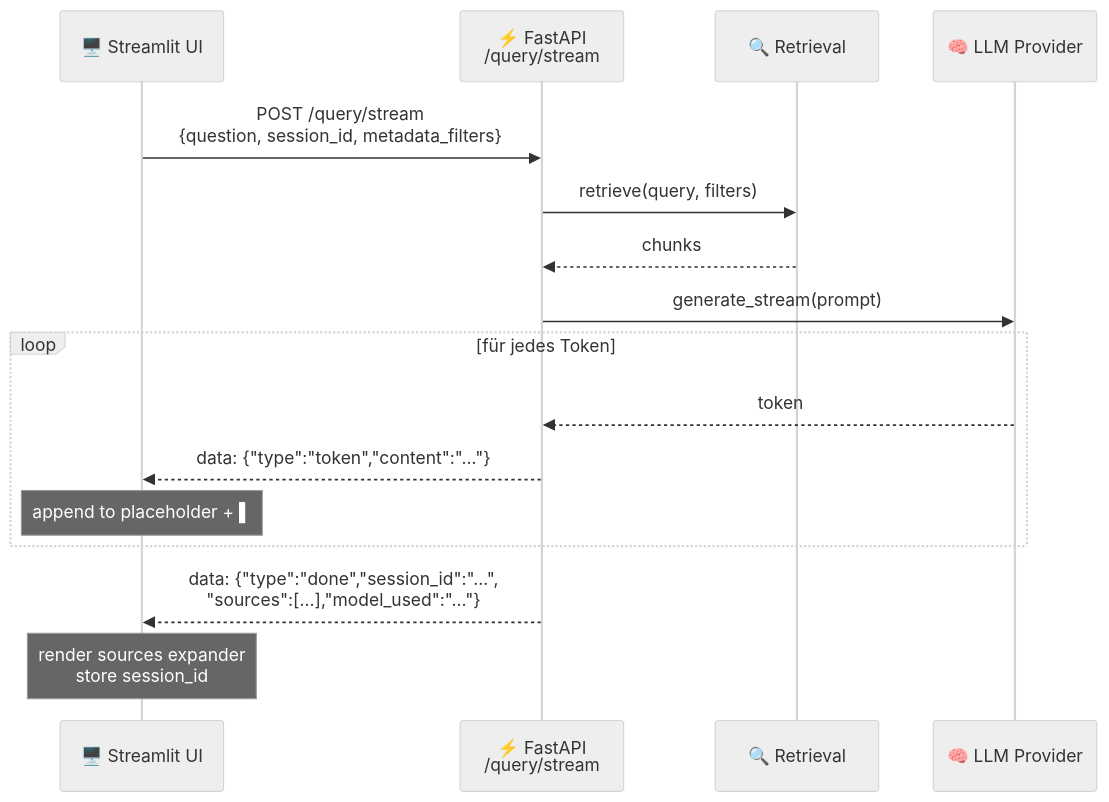
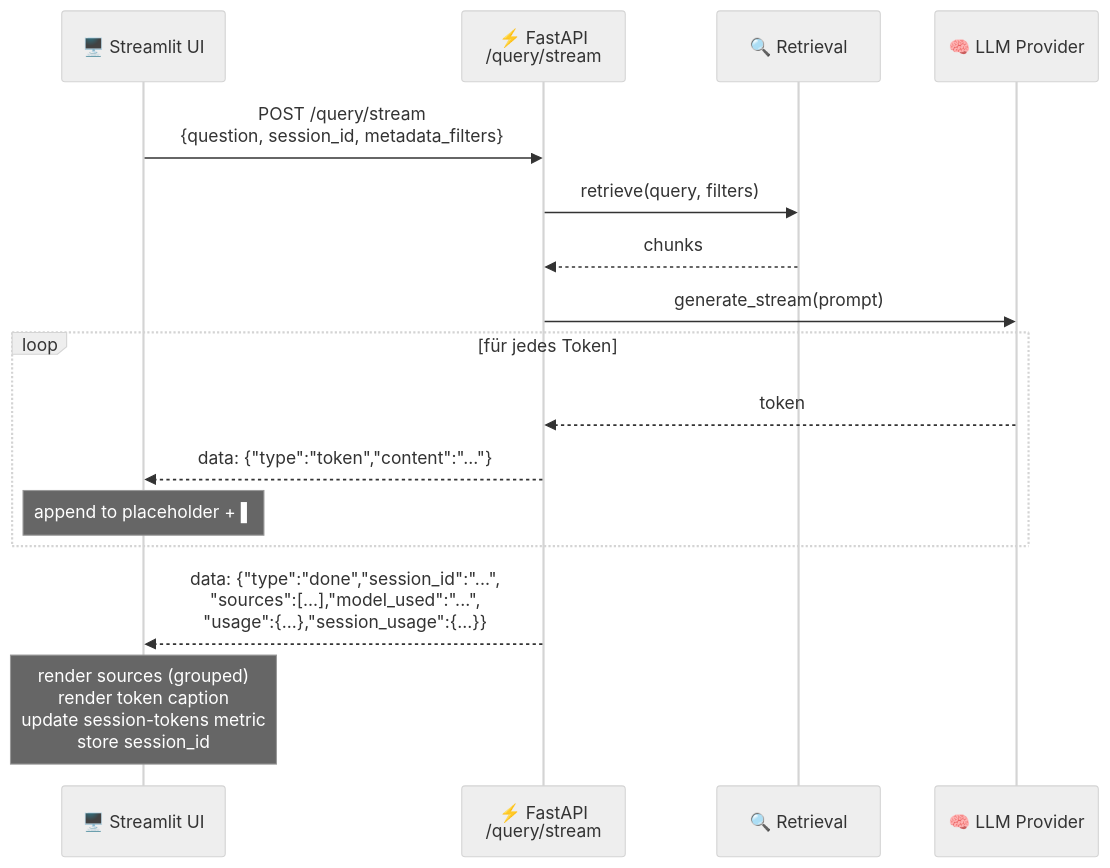
The second of 2 diagrams in docs/ui-ux.md (FabianHentrich/lorekeeper), drawn with Mermaid (neutral theme) before and after one commit. The commit also changed other lines of this file and 26 other files, not shown here.

Commit message:
Add max_per_source cap for diverse chunk retrieval and implement token usage tracking

````diff
--- a/docs/ui-ux.md
+++ b/docs/ui-ux.md
@@ -126,21 +147,21 @@
 ```mermaid
 sequenceDiagram
     participant UI as 🖥️ Streamlit UI
     participant API as ⚡ FastAPI<br/>/query/stream
     participant RAG as 🔍 Retrieval
     participant LLM as 🧠 LLM Provider
 
     UI->>API: POST /query/stream<br/>{question, session_id, metadata_filters}
     API->>RAG: retrieve(query, filters)
     RAG-->>API: chunks
     API->>LLM: generate_stream(prompt)
 
     loop für jedes Token
         LLM-->>API: token
         API-->>UI: data: {"type":"token","content":"..."}
         Note over UI: append to placeholder + ▌
     end
 
-    API-->>UI: data: {"type":"done","session_id":"...",<br/>"sources":[...],"model_used":"..."}
-    Note over UI: render sources expander<br/>store session_id
+    API-->>UI: data: {"type":"done","session_id":"...",<br/>"sources":[...],"model_used":"...",<br/>"usage":{...},"session_usage":{...}}
+    Note over UI: render sources (grouped)<br/>render token caption<br/>update session-tokens metric<br/>store session_id
 ```
````
